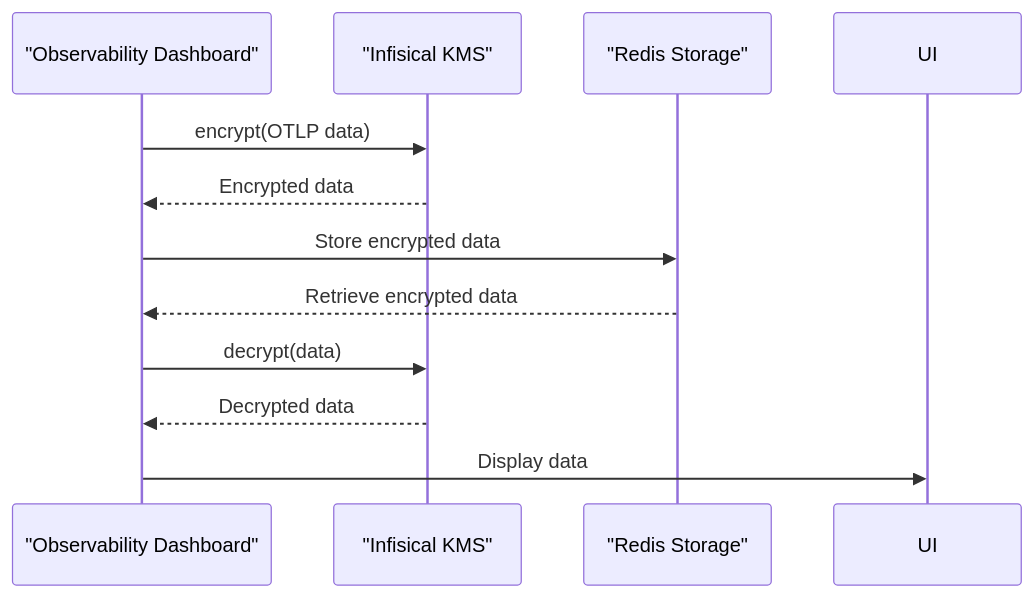
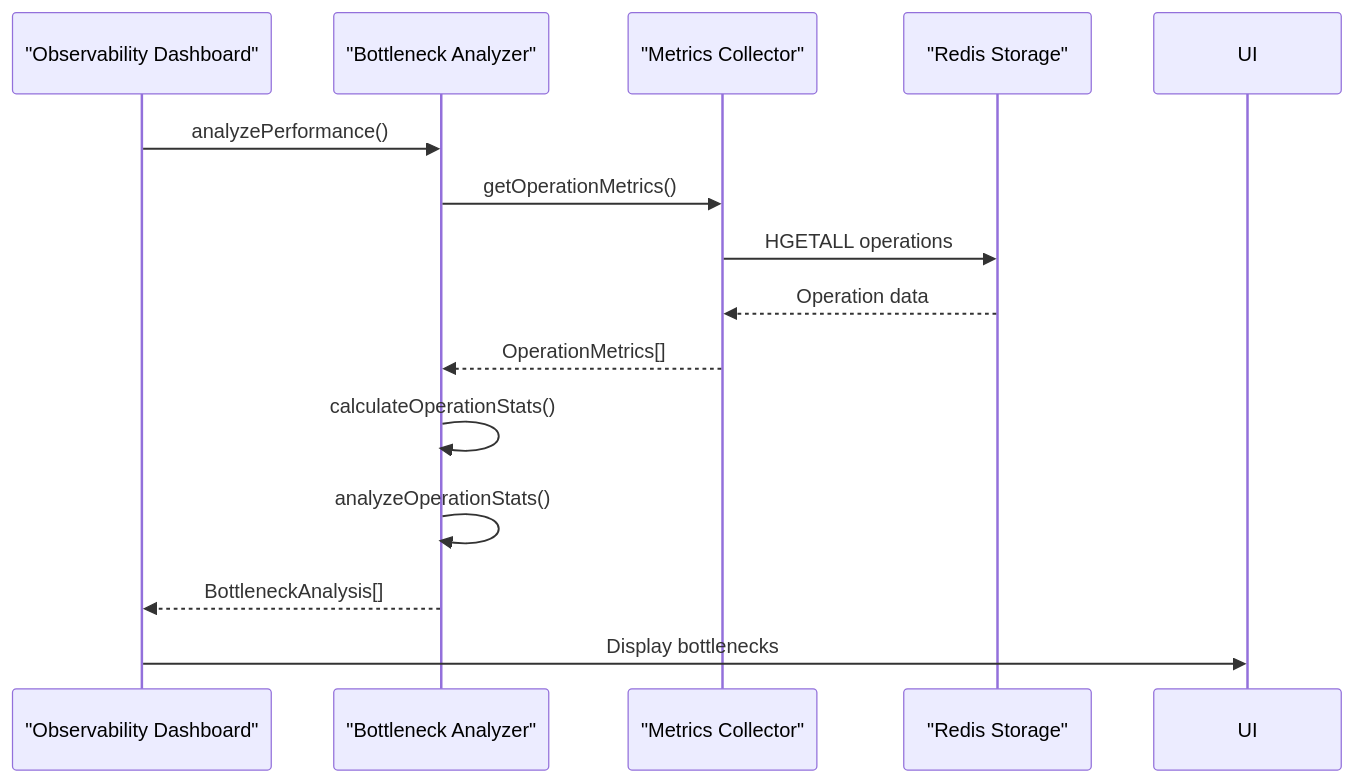
One commit to smedrec/smart-logs changed diagram 12 of 13 in .qoder/repowiki/en/content/Audit Core System/Observability/Observability Dashboard.md. Above: the diagram before and after it, drawn with Mermaid. The commit also changed other lines of this file and 27 other files, not shown here.

````diff
--- a/.qoder/repowiki/en/content/Audit Core System/Observability/Observability Dashboard.md
+++ b/.qoder/repowiki/en/content/Audit Core System/Observability/Observability Dashboard.md
@@ -620,13 +622,16 @@
 ```mermaid
 sequenceDiagram
 participant Dashboard as "Observability Dashboard"
-participant KMS as "Infisical KMS"
-participant Storage as "Redis Storage"
-Dashboard->>KMS : encrypt(OTLP data)
-KMS-->>Dashboard : Encrypted data
-Dashboard->>Storage : Store encrypted data
-Storage-->>Dashboard : Retrieve encrypted data
-Dashboard->>KMS : decrypt(data)
-KMS-->>Dashboard : Decrypted data
-Dashboard->>UI : Display data
+participant Analyzer as "Bottleneck Analyzer"
+participant Collector as "Metrics Collector"
+participant Redis as "Redis Storage"
+Dashboard->>Analyzer : analyzePerformance()
+Analyzer->>Collector : getOperationMetrics()
+Collector->>Redis : HGETALL operations
+Redis-->>Collector : Operation data
+Collector-->>Analyzer : OperationMetrics[]
+Analyzer->>Analyzer : calculateOperationStats()
+Analyzer->>Analyzer : analyzeOperationStats()
+Analyzer-->>Dashboard : BottleneckAnalysis[]
+Dashboard->>UI : Display bottlenecks
 ```
````
